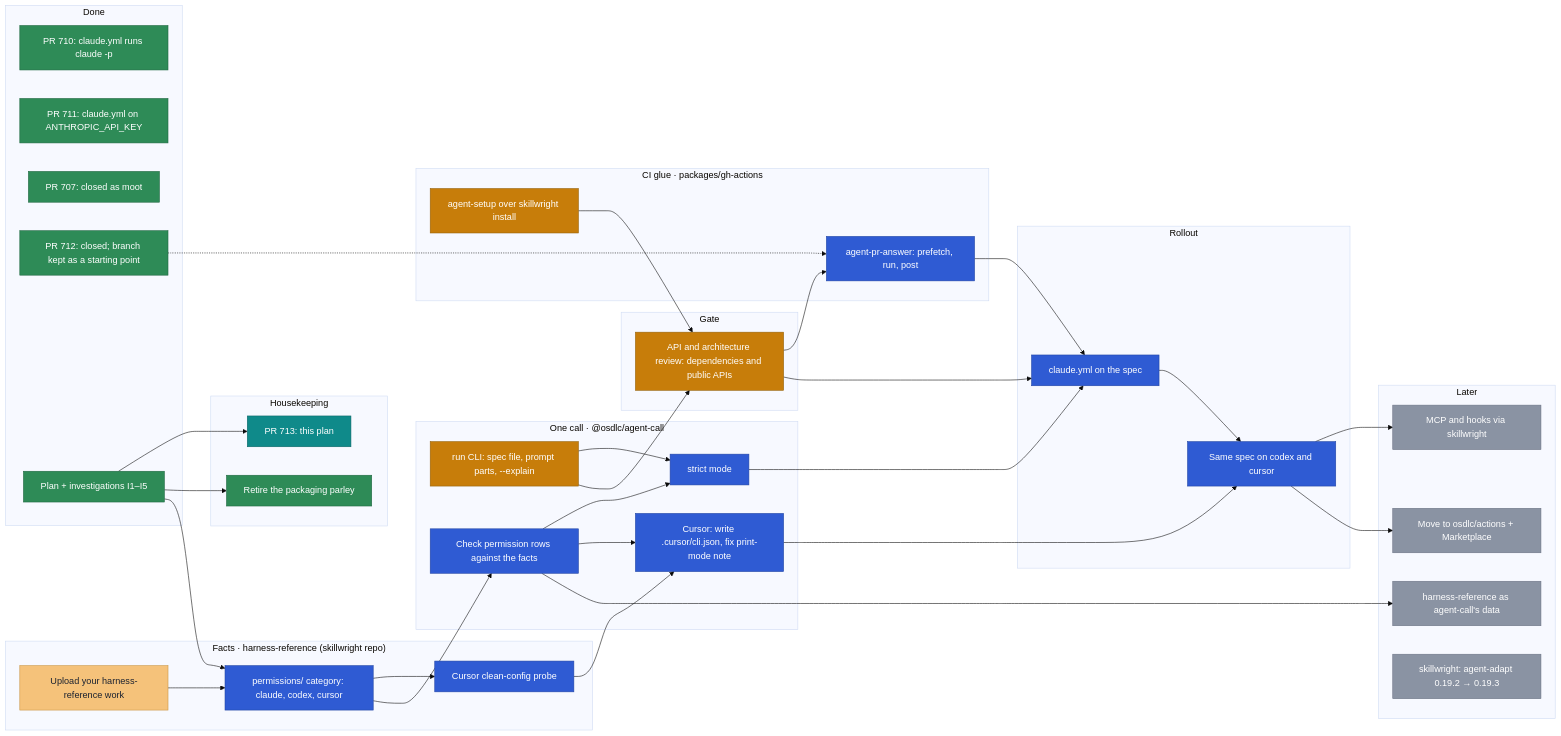
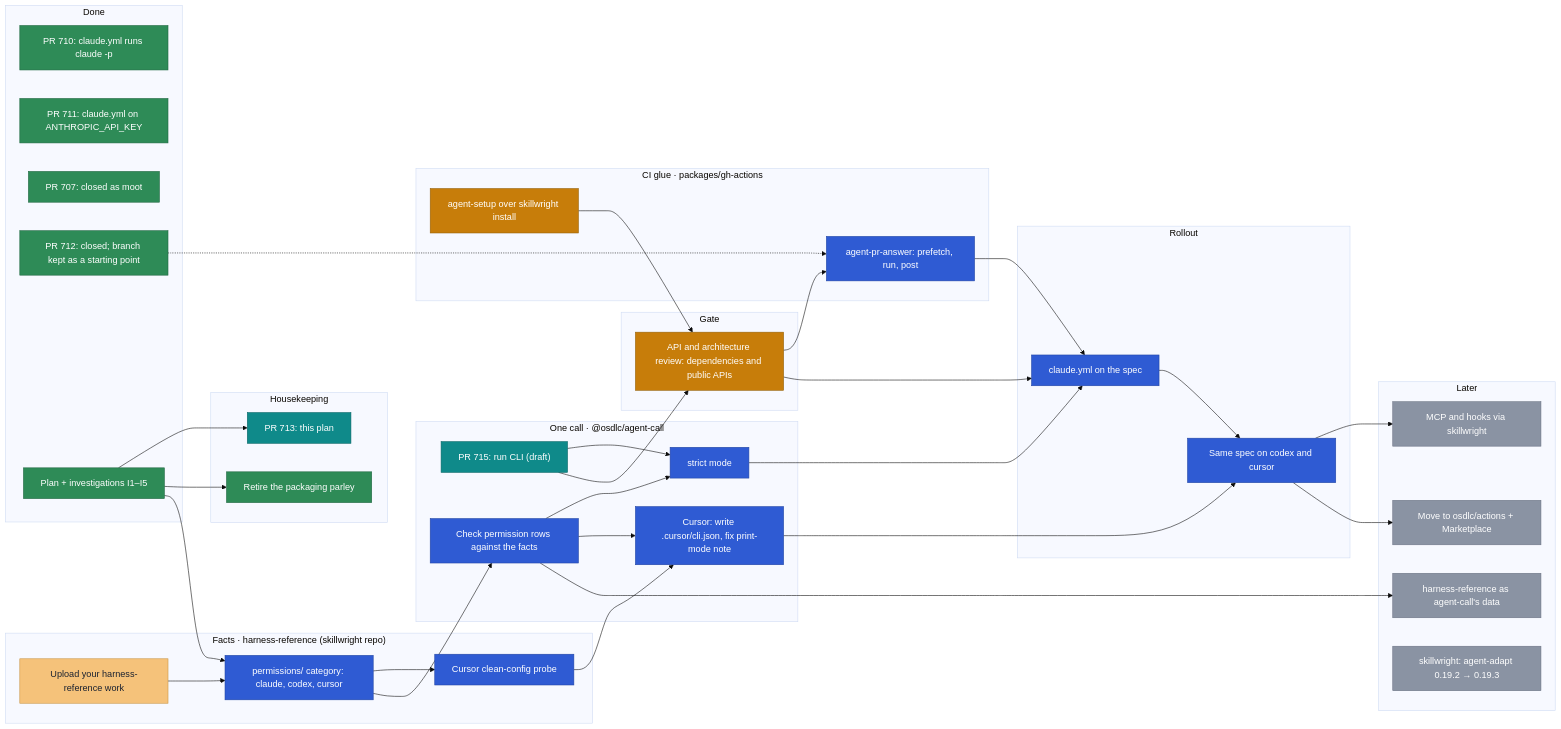
The diagram in docs/planning/agent-ci.md (osdlc/osdlc), drawn with Mermaid (base theme) before and after one commit. The commit also changed other lines of this file, not shown here.

Commit message:
docs(planning): record PR 715 and the first review questions

````diff
--- a/docs/planning/agent-ci.md
+++ b/docs/planning/agent-ci.md
@@ -39,81 +39,82 @@
 ```mermaid
 flowchart LR
   subgraph done["Done"]
     W710["PR 710: claude.yml runs claude -p"]
     P711["PR 711: claude.yml on ANTHROPIC_API_KEY"]
     P707["PR 707: closed as moot"]
     P712["PR 712: closed; branch kept as a starting point"]
     PLAN["Plan + investigations I1–I5"]
   end
   subgraph house["Housekeeping"]
     PLANPR["PR 713: this plan"]
     PARLEY["Retire the packaging parley"]
   end
   subgraph facts["Facts · harness-reference (skillwright repo)"]
     UP["Upload your harness-reference work"]
     PERM["permissions/ category: claude, codex, cursor"]
     PROBE["Cursor clean-config probe"]
   end
   subgraph call["One call · @osdlc/agent-call"]
-    RUN["run CLI: spec file, prompt parts, --explain"]
+    RUN["PR 715: run CLI (draft)"]
     CHECK["Check permission rows against the facts"]
     STRICT["strict mode"]
     CUR["Cursor: write .cursor/cli.json, fix print-mode note"]
   end
   subgraph gate["Gate"]
     ARCH["API and architecture review: dependencies and public APIs"]
   end
   subgraph acts["CI glue · packages/gh-actions"]
     SETUP["agent-setup over skillwright install"]
     ANS["agent-pr-answer: prefetch, run, post"]
   end
   subgraph roll["Rollout"]
     SPEC["claude.yml on the spec"]
     MULTI["Same spec on codex and cursor"]
   end
   subgraph later["Later"]
     MCP["MCP and hooks via skillwright"]
     PUB["Move to osdlc/actions + Marketplace"]
     DATA["harness-reference as agent-call's data"]
     PIN["skillwright: agent-adapt 0.19.2 → 0.19.3"]
   end
 
   PLAN --> PLANPR
   PLAN --> PARLEY
   UP --> PERM
   PLAN --> PERM
   PERM --> PROBE
   PERM --> CHECK
   CHECK --> STRICT
   RUN --> STRICT
   PROBE --> CUR
   CHECK --> CUR
   P712 -.-> ANS
   RUN --> ARCH
   SETUP --> ARCH
   ARCH --> ANS
   ARCH --> SPEC
   ANS --> SPEC
   STRICT --> SPEC
   SPEC --> MULTI
   CUR --> MULTI
   MULTI --> MCP
   MULTI --> PUB
   CHECK --> DATA
 
   classDef done fill:#2e8b57,stroke:#1f6640,color:#ffffff
   classDef review fill:#0f8a8a,stroke:#0a6666,color:#ffffff
   classDef ready fill:#7a4fc2,stroke:#5a3596,color:#ffffff
   classDef blocked fill:#c0392b,stroke:#8e2a20,color:#ffffff
   classDef external fill:#e88fb4,stroke:#b8628a,color:#1b2230
   classDef active fill:#c77d0a,stroke:#94600a,color:#ffffff
   classDef yours fill:#f5c27a,stroke:#c99545,color:#1b2230
   classDef next fill:#2f5bd3,stroke:#2144a3,color:#ffffff
   classDef later fill:#8a93a3,stroke:#6b7384,color:#ffffff
   class W710,P711,P707,P712,PLAN,PARLEY done
   class UP yours
   class PLANPR review
-  class RUN,SETUP,ARCH active
+  class SETUP,ARCH active
+  class RUN review
   class PERM,PROBE,CHECK,STRICT,CUR,ANS,SPEC,MULTI next
   class MCP,PUB,DATA,PIN later
 ```
````
